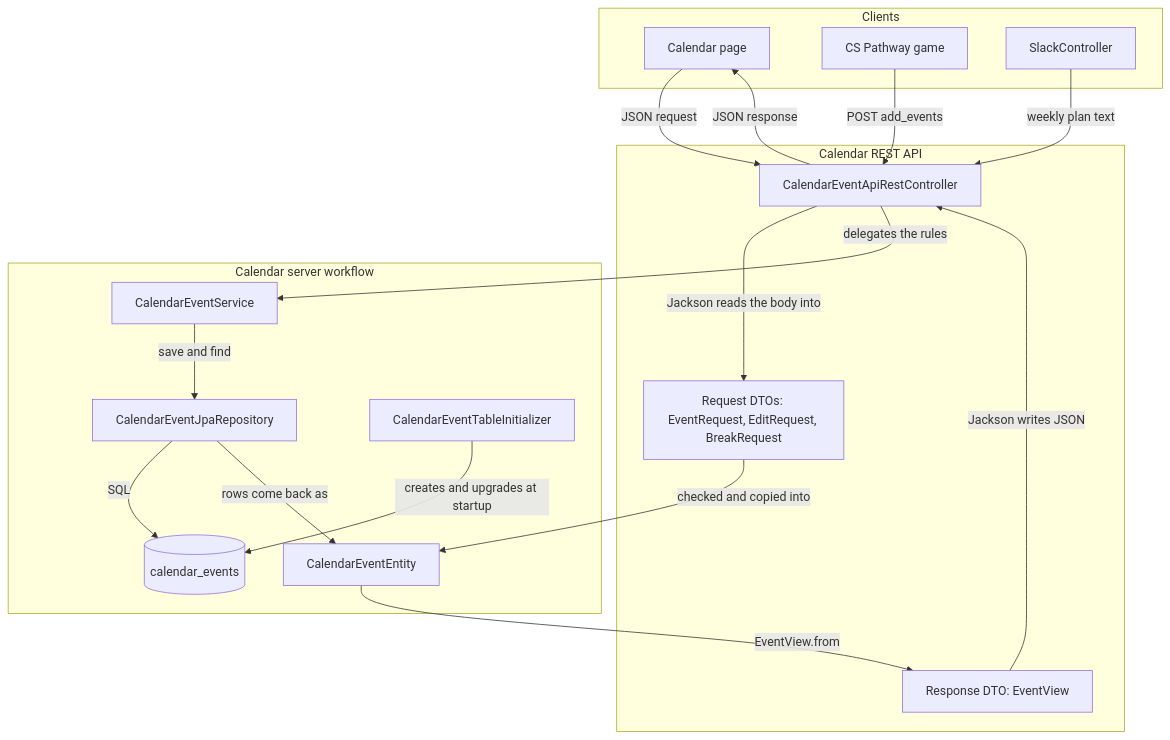
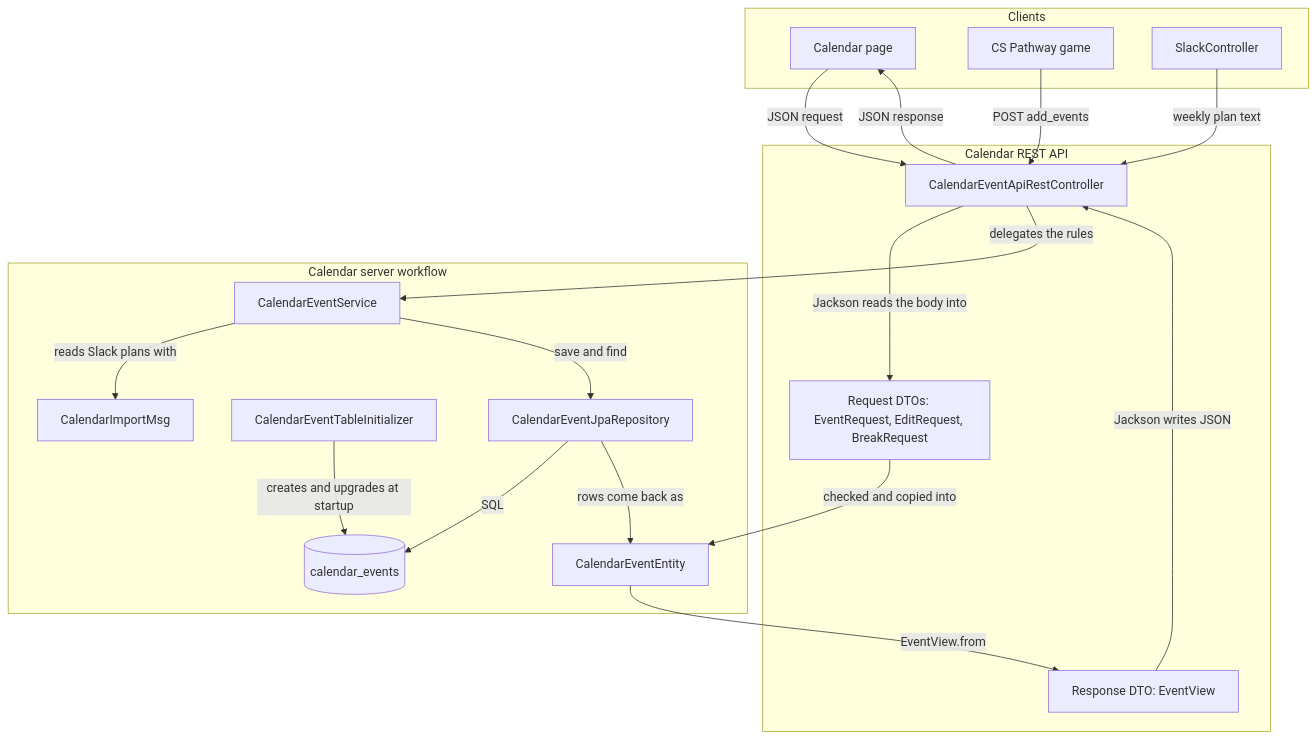
Before and after one commit to Open-Coding-Society/spring: the first of 2 diagrams in docs/calendar-architecture.md, drawn with Mermaid. The commit also changed other lines of this file and 3 other files, not shown here.

````diff
--- a/docs/calendar-architecture.md
+++ b/docs/calendar-architecture.md
@@ -26,34 +28,36 @@
 ```mermaid
 flowchart TD
     subgraph Callers["Clients"]
         Page["Calendar page"]
         Game["CS Pathway game"]
         Slack["SlackController"]
     end
     subgraph ApiLayer["Calendar REST API"]
         Api["CalendarEventApiRestController"]
         InDto["Request DTOs: EventRequest, EditRequest, BreakRequest"]
         OutDto["Response DTO: EventView"]
     end
     subgraph ServerSide["Calendar server workflow"]
         Service["CalendarEventService"]
         Entity["CalendarEventEntity"]
         Repo["CalendarEventJpaRepository"]
         Table[("calendar_events")]
         Init["CalendarEventTableInitializer"]
+        Import["CalendarImportMsg"]
     end
 
     Page -->|"JSON request"| Api
     Game -->|"POST add_events"| Api
     Slack -->|"weekly plan text"| Api
     Api -->|"Jackson reads the body into"| InDto
     InDto -->|"checked and copied into"| Entity
     Api -->|"delegates the rules"| Service
+    Service -->|"reads Slack plans with"| Import
     Service -->|"save and find"| Repo
     Repo -->|"SQL"| Table
     Init -->|"creates and upgrades at startup"| Table
     Repo -->|"rows come back as"| Entity
     Entity -->|"EventView.from"| OutDto
     OutDto -->|"Jackson writes JSON"| Api
     Api -->|"JSON response"| Page
 ```
````
